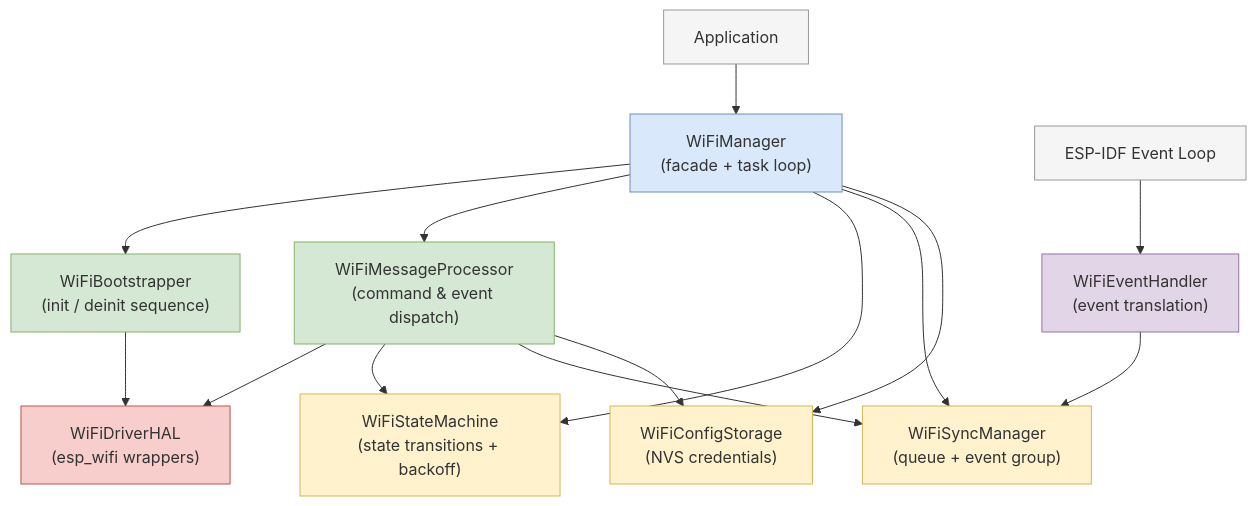
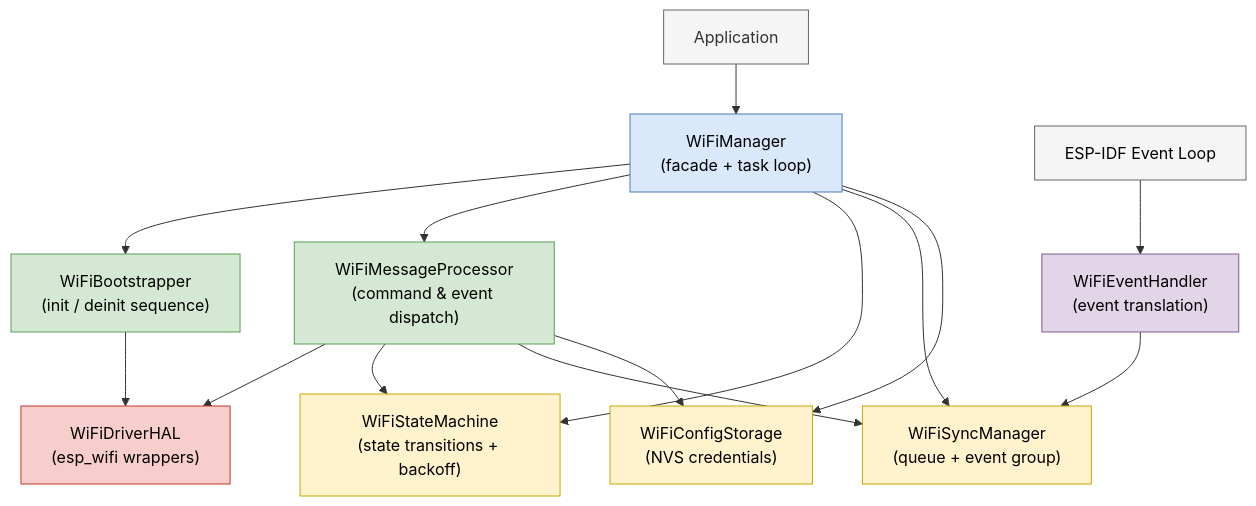
One commit to aluiziotomazelli/wifi_manager changed the first of 4 diagrams in DESIGN.md. Above: the diagram before and after it, drawn with Mermaid. The commit also changed other lines of this file and 1 other file, not shown here.

Commit message:
doc: mermaids on docs

````diff
--- a/DESIGN.md
+++ b/DESIGN.md
@@ -11,30 +11,30 @@
 ```mermaid
 graph TD
     App["Application"] --> WM["WiFiManager\n(facade + task loop)"]
 
     WM --> BS["WiFiBootstrapper\n(init / deinit sequence)"]
     WM --> MP["WiFiMessageProcessor\n(command & event dispatch)"]
     WM --> SM["WiFiStateMachine\n(state transitions + backoff)"]
     WM --> SY["WiFiSyncManager\n(queue + event group)"]
     WM --> ST["WiFiConfigStorage\n(NVS credentials)"]
 
     BS --> HAL["WiFiDriverHAL\n(esp_wifi wrappers)"]
     MP --> HAL
     MP --> SM
     MP --> SY
     MP --> ST
 
     EV["ESP-IDF Event Loop"] --> EH["WiFiEventHandler\n(event translation)"]
     EH --> SY
 
-    style App fill:#f5f5f5,stroke:#999
-    style WM fill:#dae8fc,stroke:#6c8ebf
-    style BS fill:#d5e8d4,stroke:#82b366
-    style MP fill:#d5e8d4,stroke:#82b366
-    style SM fill:#fff2cc,stroke:#d6b656
-    style SY fill:#fff2cc,stroke:#d6b656
-    style ST fill:#fff2cc,stroke:#d6b656
-    style HAL fill:#f8cecc,stroke:#b85450
-    style EH fill:#e1d5e7,stroke:#9673a6
-    style EV fill:#f5f5f5,stroke:#999
+    style App fill:#f5f5f5,stroke:#666
+    style WM  fill:#dae8fc,stroke:#4a7ab5, color:#000000
+    style BS  fill:#d5e8d4,stroke:#5a9e52, color:#000000
+    style MP  fill:#d5e8d4,stroke:#5a9e52, color:#000000
+    style SM  fill:#fff2cc,stroke:#c9a800, color:#000000
+    style SY  fill:#fff2cc,stroke:#c9a800, color:#000000
+    style ST  fill:#fff2cc,stroke:#c9a800, color:#000000
+    style HAL fill:#f8cecc,stroke:#c0392b, color:#000000
+    style EH  fill:#e1d5e7,stroke:#7d5a9a, color:#000000
+    style EV  fill:#f5f5f5,stroke:#666, color:#000000
 ```
````
